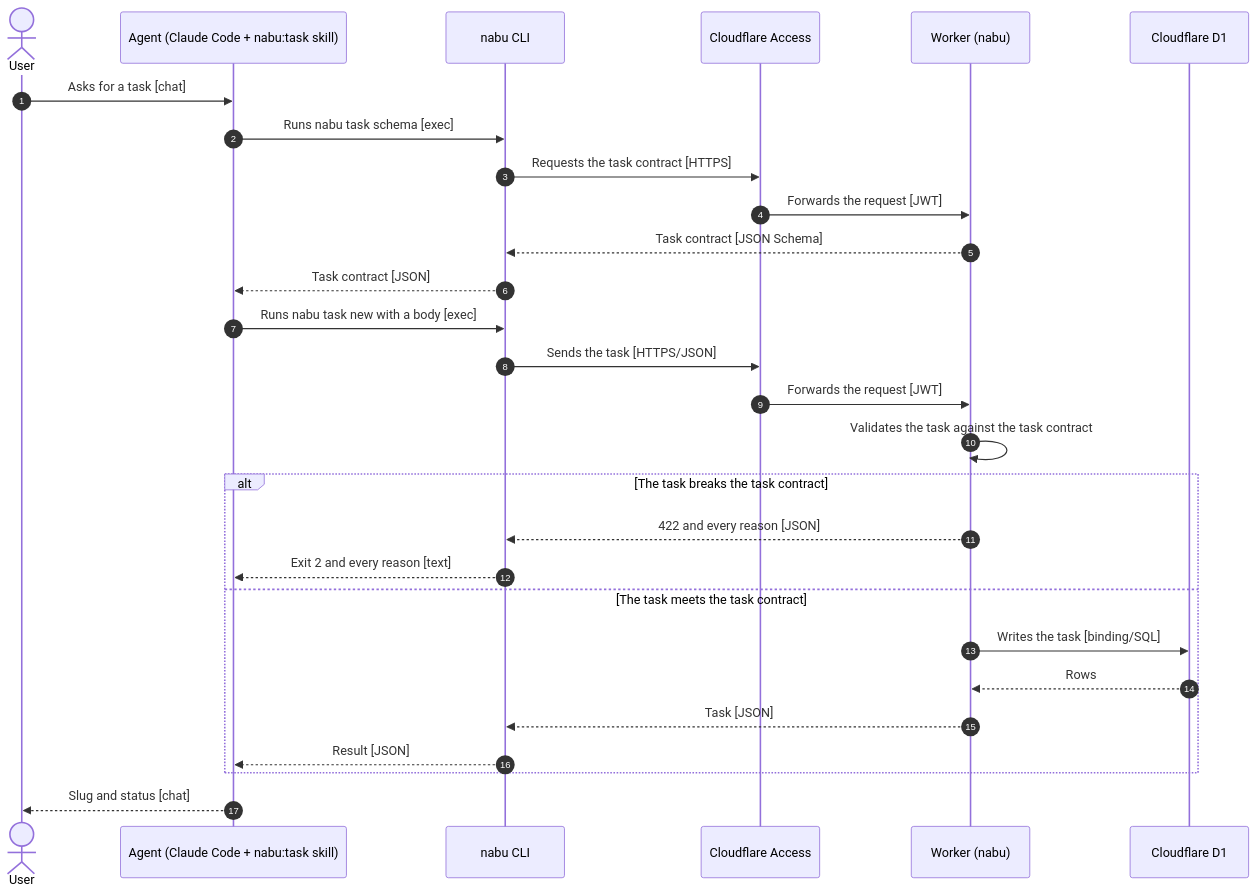
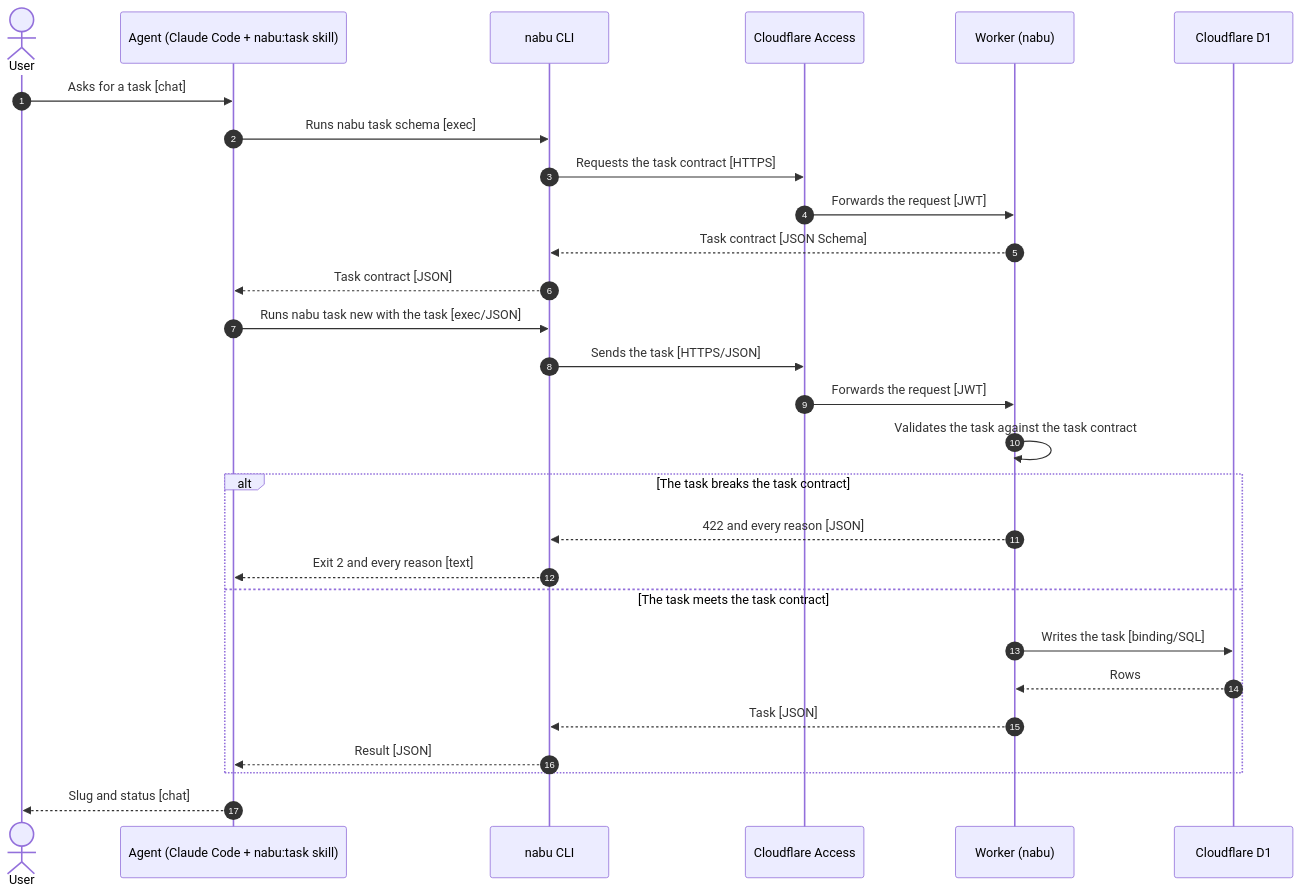
One commit to gitt510/nabu changed the fourth of 4 diagrams in docs/architecture.md. Above: the diagram before and after it, drawn with Mermaid. The commit also changed other lines of this file and 6 other files, not shown here.

Commit message:
task: take the body as JSON and pass it to the API as it is

````diff
--- a/docs/architecture.md
+++ b/docs/architecture.md
@@ -67,31 +67,31 @@
 ```mermaid
 sequenceDiagram
   autonumber
   actor User
   participant Agent as Agent (Claude Code + nabu:task skill)
   participant CLI as nabu CLI
   participant Access as Cloudflare Access
   participant Worker as Worker (nabu)
   participant D1 as Cloudflare D1
 
   User->>Agent: Asks for a task [chat]
   Agent->>CLI: Runs nabu task schema [exec]
   CLI->>Access: Requests the task contract [HTTPS]
   Access->>Worker: Forwards the request [JWT]
   Worker-->>CLI: Task contract [JSON Schema]
   CLI-->>Agent: Task contract [JSON]
-  Agent->>CLI: Runs nabu task new with a body [exec]
+  Agent->>CLI: Runs nabu task new with the task [exec/JSON]
   CLI->>Access: Sends the task [HTTPS/JSON]
   Access->>Worker: Forwards the request [JWT]
   Worker->>Worker: Validates the task against the task contract
   alt The task breaks the task contract
     Worker-->>CLI: 422 and every reason [JSON]
     CLI-->>Agent: Exit 2 and every reason [text]
   else The task meets the task contract
     Worker->>D1: Writes the task [binding/SQL]
     D1-->>Worker: Rows
     Worker-->>CLI: Task [JSON]
     CLI-->>Agent: Result [JSON]
   end
   Agent-->>User: Slug and status [chat]
 ```
````
